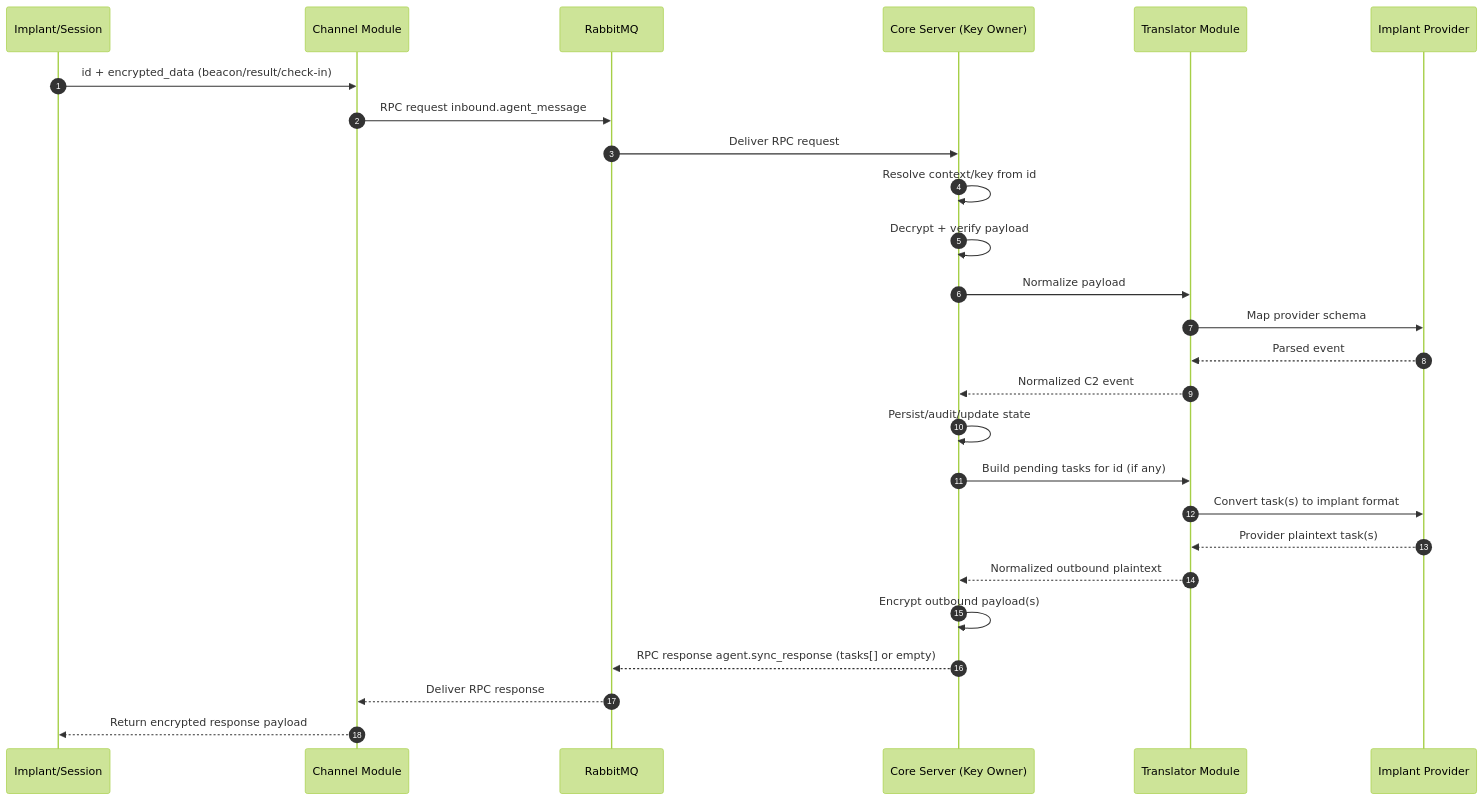
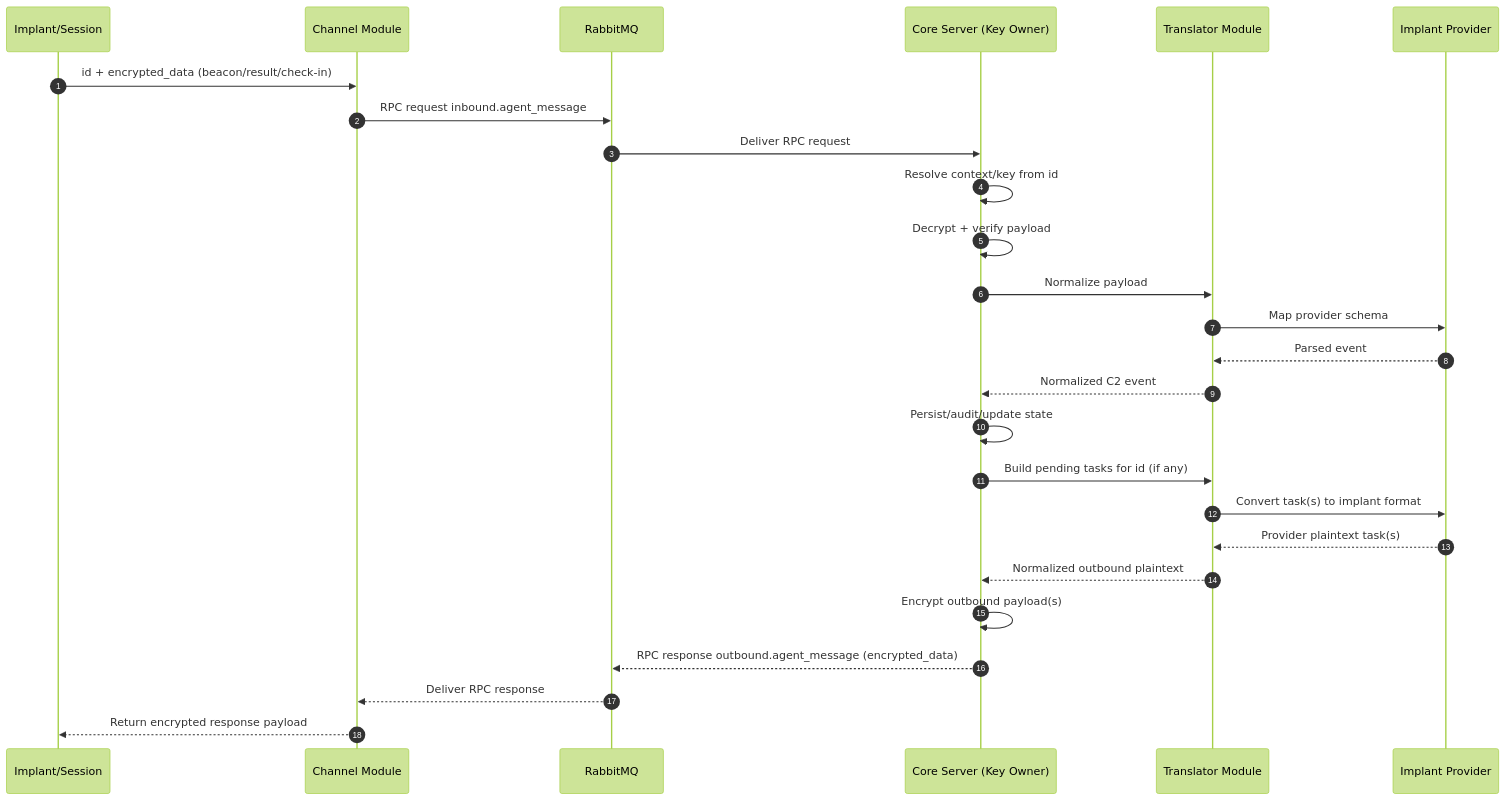
One commit to vibe-c2/vibe-c2-docs changed the diagram in docs/message-flow.md. Above: the diagram before and after it, drawn with Mermaid (forest theme). The commit also changed other lines of this file and 2 other files, not shown here.

Commit message:
Rename RPC response to outbound.agent_message and enforce encrypted-only response

````diff
--- a/docs/message-flow.md
+++ b/docs/message-flow.md
@@ -7,30 +7,30 @@
 ```mermaid
 sequenceDiagram
     autonumber
     participant I as Implant/Session
     participant CH as Channel Module
     participant MQ as RabbitMQ
     participant CS as Core Server (Key Owner)
     participant TR as Translator Module
     participant IP as Implant Provider
 
     I->>CH: id + encrypted_data (beacon/result/check-in)
     CH->>MQ: RPC request inbound.agent_message
     MQ->>CS: Deliver RPC request
     CS->>CS: Resolve context/key from id
     CS->>CS: Decrypt + verify payload
     CS->>TR: Normalize payload
     TR->>IP: Map provider schema
     IP-->>TR: Parsed event
     TR-->>CS: Normalized C2 event
     CS->>CS: Persist/audit/update state
 
     CS->>TR: Build pending tasks for id (if any)
     TR->>IP: Convert task(s) to implant format
     IP-->>TR: Provider plaintext task(s)
     TR-->>CS: Normalized outbound plaintext
     CS->>CS: Encrypt outbound payload(s)
-    CS-->>MQ: RPC response agent.sync_response (tasks[] or empty)
+    CS-->>MQ: RPC response outbound.agent_message (encrypted_data)
     MQ-->>CH: Deliver RPC response
     CH-->>I: Return encrypted response payload
 ```
````
